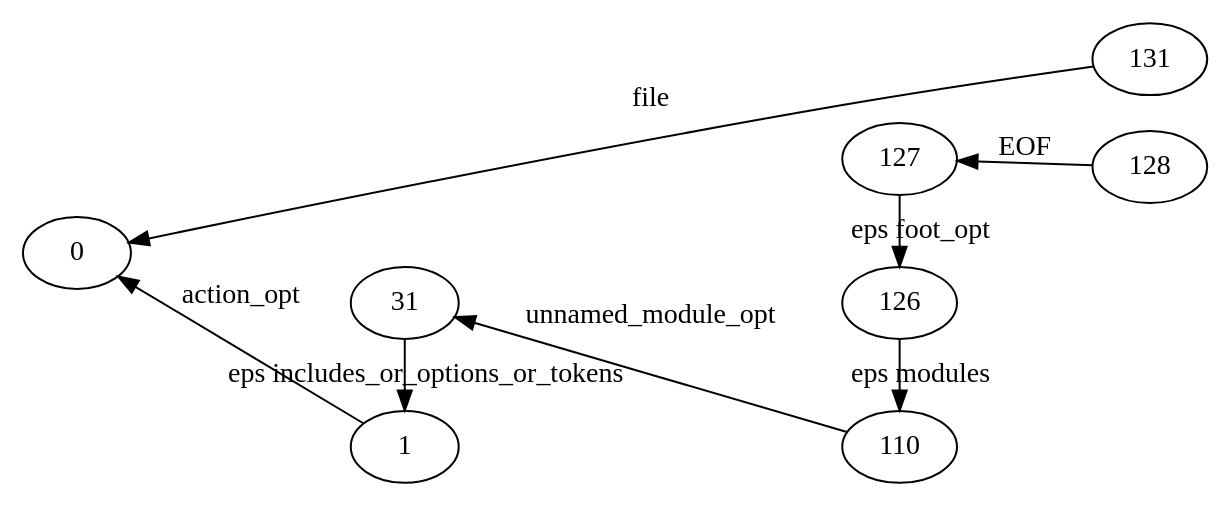
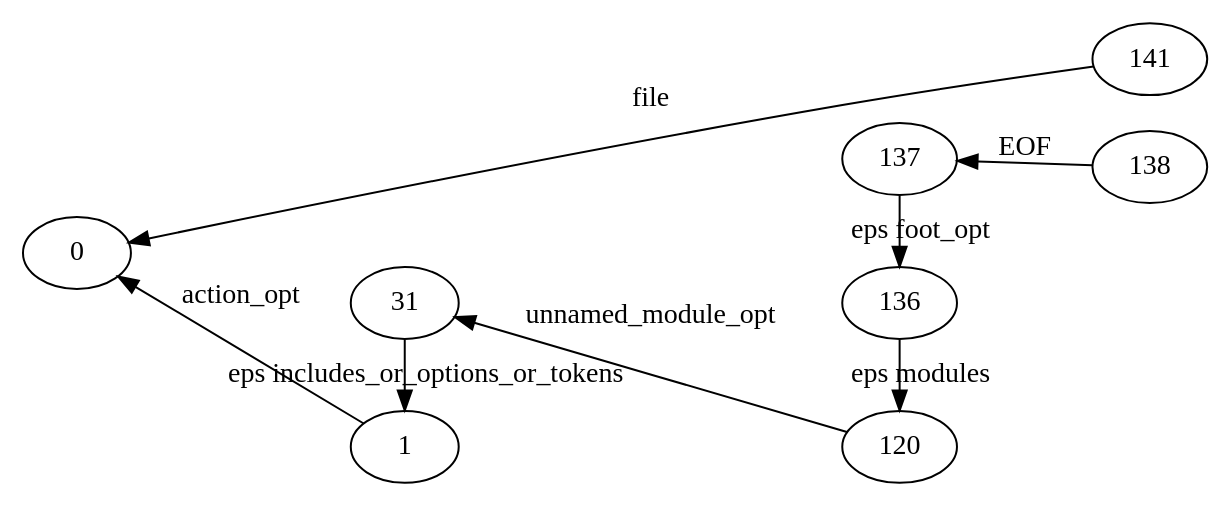
Before and after one commit to YaccConstructor/YaccConstructor: the diagram in src/GLL.AbstractParser.SimpleTest/res.dot, drawn with Graphviz. The commit also changed 32 other files, not shown here.

```diff
--- a/src/GLL.AbstractParser.SimpleTest/res.dot
+++ b/src/GLL.AbstractParser.SimpleTest/res.dot
@@ -1,22 +1,22 @@
 digraph GSS {
     rankdir=RL
-    0 [label="131"]
+    0 [label="141"]
     1 [label="0"]
     0 -> 1 [label="file"]
-    2 [label="128"]
-    3 [label="127"]
-    4 [label="126"]
-    5 [label="110"]
+    2 [label="138"]
+    3 [label="137"]
+    4 [label="136"]
+    5 [label="120"]
     6 [label="31"]
     7 [label="1"]
     7 -> 1 [label="action_opt"]
     6 -> 7 [label="eps includes_or_options_or_tokens"]
     5 -> 6 [label="unnamed_module_opt"]
     4 -> 5 [label="eps modules"]
     3 -> 4 [label="eps foot_opt"]
     2 -> 3 [label="EOF"]
     {rank=same; 2 0}
     {rank=same; 1}
     {rank=same; 5 4 3}
     {rank=same; 7 6}
 }
```
